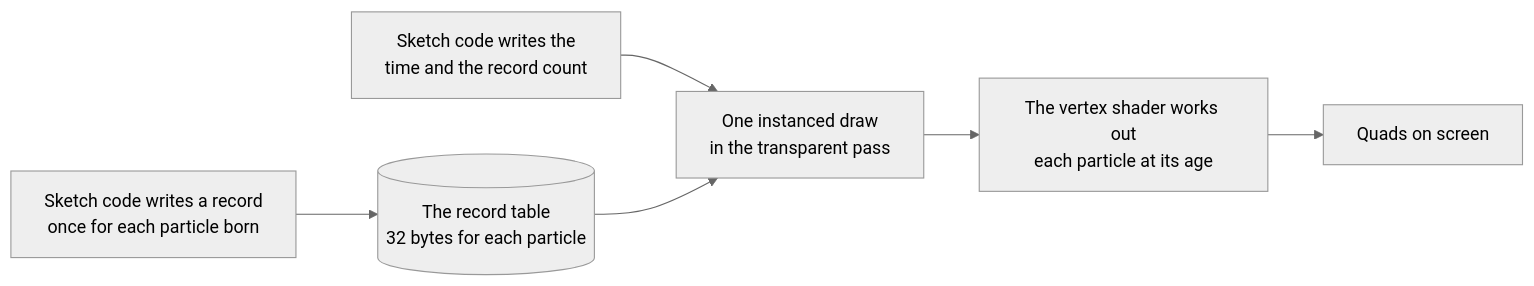
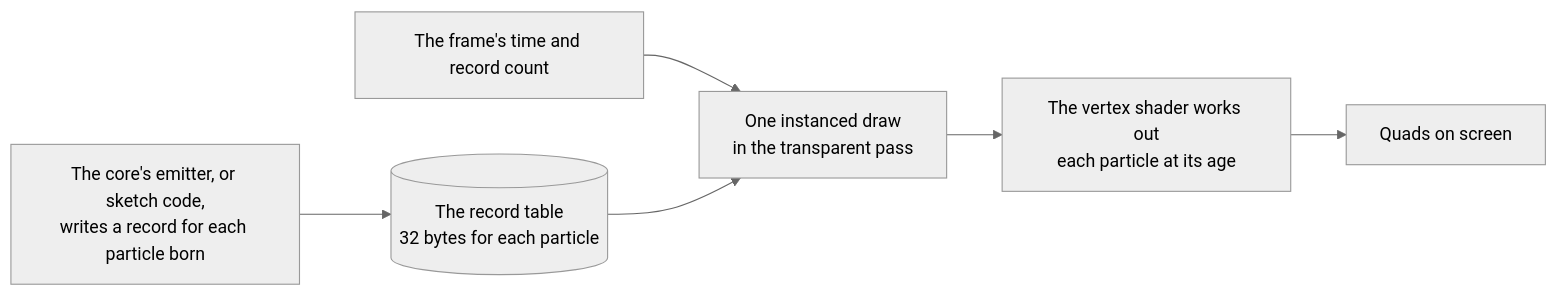
One commit to null3d-engine/null3d changed the diagram in docs/concepts/particle-buffer.md. Above: the diagram before and after it, drawn with Mermaid (neutral theme). The commit also changed other lines of this file and 19 other files, not shown here.

````diff
--- a/docs/concepts/particle-buffer.md
+++ b/docs/concepts/particle-buffer.md
@@ -13,8 +13,8 @@
 ```mermaid
 flowchart LR
-    write["Sketch code writes a record<br/>once for each particle born"] --> records[("The record table<br/>32 bytes for each particle")]
-    frame["Sketch code writes the<br/>time and the record count"] --> draw
+    emitter["The core's emitter, or sketch code,<br/>writes a record for each particle born"] --> records[("The record table<br/>32 bytes for each particle")]
+    frame["The frame's time and record count"] --> draw
     records --> draw["One instanced draw<br/>in the transparent pass"]
     draw --> vertex["The vertex shader works out<br/>each particle at its age"]
     vertex --> screen["Quads on screen"]
 ```
````
